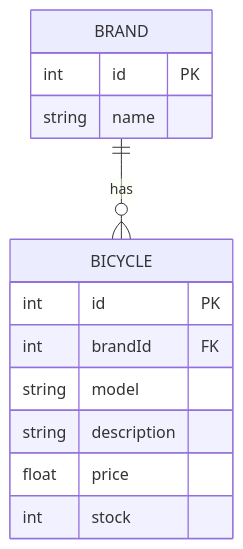
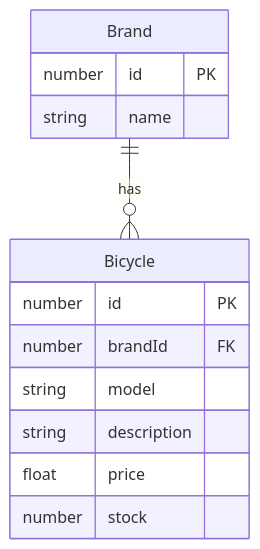
One commit to tcrurav/TypeScript-Express-Sequelize-Associations_and_Queries-Example changed the third of 6 diagrams in README.md. Above: the diagram before and after it, drawn with Mermaid. The commit also changed other lines of this file, not shown here.

Commit message:
fix: README.md with all diagrams

````diff
--- a/README.md
+++ b/README.md
@@ -3,18 +87,18 @@
 ```mermaid
 erDiagram
-    BRAND ||--o{ BICYCLE : has
+    Brand ||--o{ Bicycle : has
 
-    BRAND {
-        int id PK
+    Brand {
+        number id PK
         string name
     }
 
-    BICYCLE {
-        int id PK
-        int brandId FK
+    Bicycle {
+        number id PK
+        number brandId FK
         string model
         string description
         float price
-        int stock
+        number stock
     }
 ```
````
